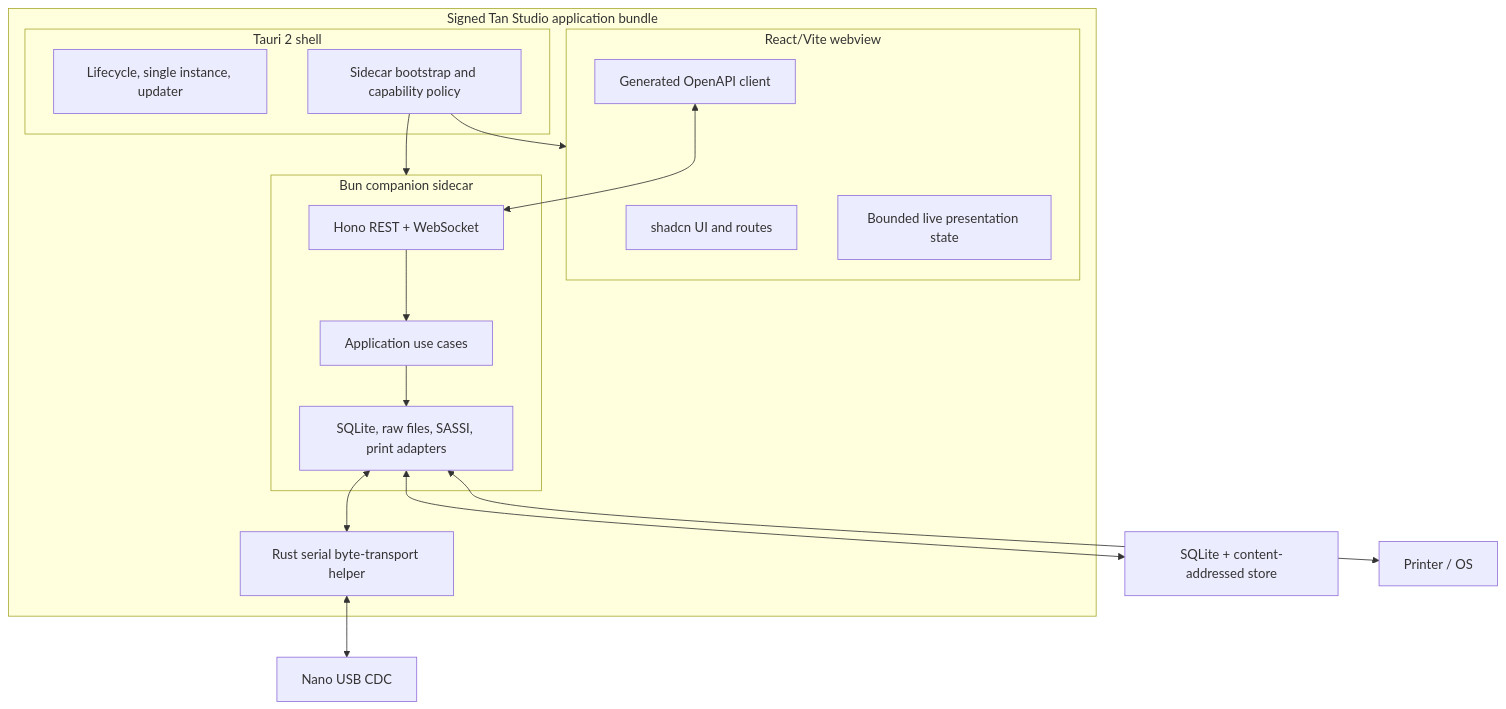
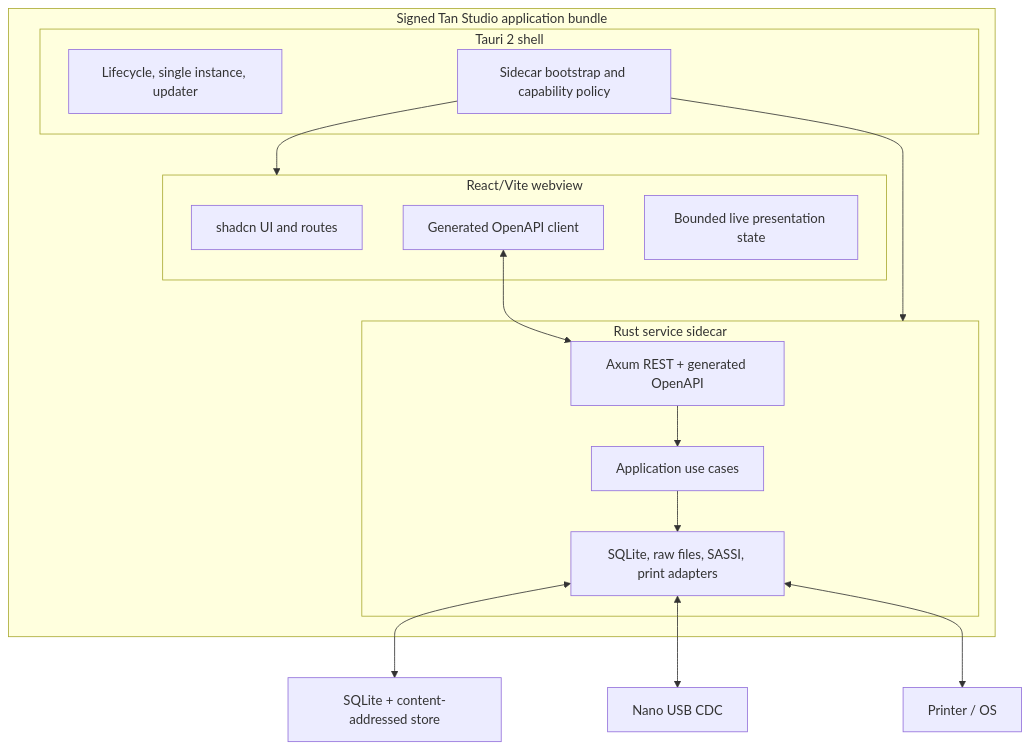
Before and after one commit to xavierroma/tan-studio: the second of 10 diagrams in docs/04-technical-specification.md, drawn with Mermaid. The commit also changed other lines of this file and 34 other files, not shown here.

````diff
--- a/docs/04-technical-specification.md
+++ b/docs/04-technical-specification.md
@@ -79,29 +79,27 @@
 ```mermaid
 flowchart TB
     subgraph DesktopApp["Signed Tan Studio application bundle"]
       subgraph Shell["Tauri 2 shell"]
         Lifecycle["Lifecycle, single instance, updater"]
         Bootstrap["Sidecar bootstrap and capability policy"]
       end
       subgraph Webview["React/Vite webview"]
         UI["shadcn UI and routes"]
         Client["Generated OpenAPI client"]
         LiveState["Bounded live presentation state"]
       end
-      subgraph Companion["Bun companion sidecar"]
-        API["Hono REST + WebSocket"]
+      subgraph Companion["Rust service sidecar"]
+        API["Axum REST + generated OpenAPI"]
         App["Application use cases"]
         Adapters["SQLite, raw files, SASSI, print adapters"]
       end
-      SerialHelper["Rust serial byte-transport helper"]
     end
 
     Bootstrap --> Companion
     Bootstrap --> Webview
     Client <--> API
     API --> App --> Adapters
-    Adapters <--> SerialHelper
     Adapters <--> SQLite["SQLite + content-addressed store"]
-    SerialHelper <--> Nano["Nano USB CDC"]
+    Adapters <--> Nano["Nano USB CDC"]
     Adapters <--> Device["Printer / OS"]
 ```
````
